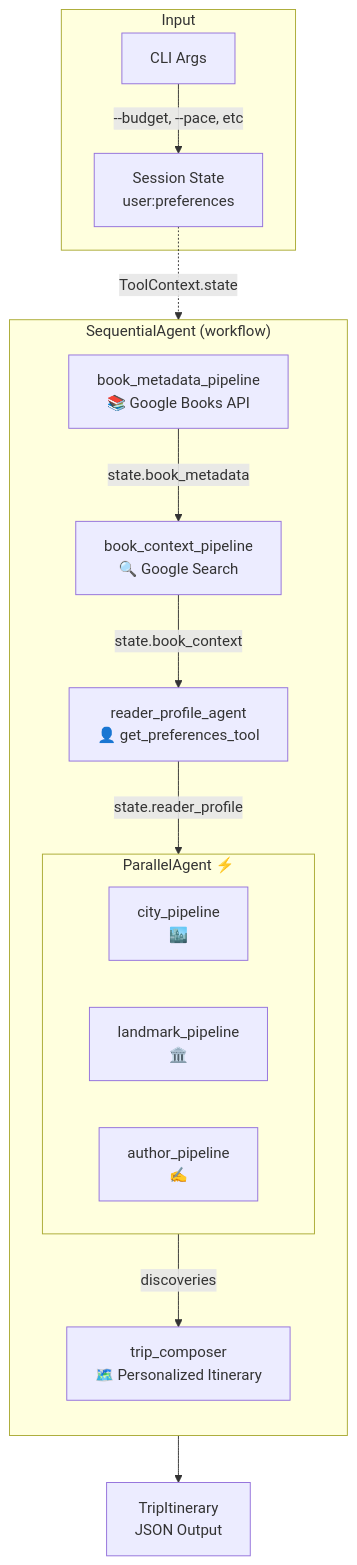
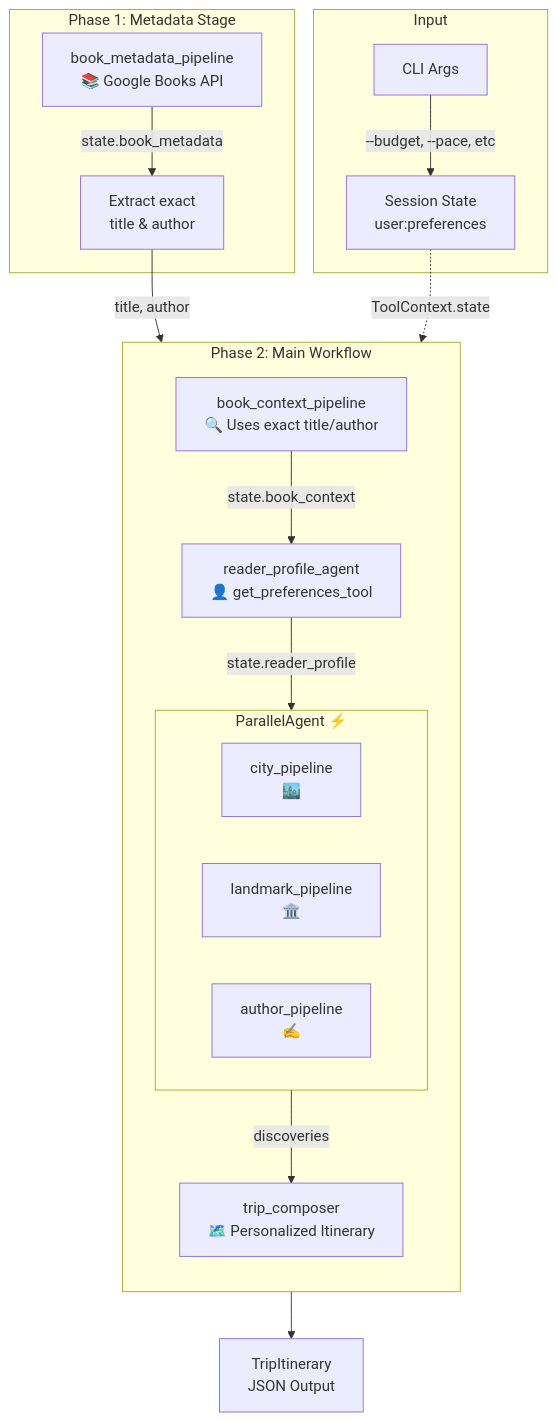
One commit to o-ostrovskiy/storyland-ai changed the second of 3 diagrams in README.md. Above: the diagram before and after it, drawn with Mermaid. The commit also changed other lines of this file and 9 other files, not shown here.

Commit message:
add two stage discovery to find out exact book, makefile with common commands, prompt improvements

````diff
--- a/README.md
+++ b/README.md
@@ -356,29 +369,34 @@
 ```mermaid
 flowchart TB
     subgraph Input
         CLI[CLI Args] --> |"--budget, --pace, etc"| State
         State[Session State<br/>user:preferences]
     end
 
-    subgraph Workflow["SequentialAgent (workflow)"]
+    subgraph Phase1["Phase 1: Metadata Stage"]
+        BM[book_metadata_pipeline<br/>📚 Google Books API] --> |state.book_metadata| Extract
+        Extract[Extract exact<br/>title & author]
+    end
+
+    subgraph Phase2["Phase 2: Main Workflow"]
         direction TB
 
-        BM[book_metadata_pipeline<br/>📚 Google Books API] --> |state.book_metadata| BC
-        BC[book_context_pipeline<br/>🔍 Google Search] --> |state.book_context| RP
+        BC[book_context_pipeline<br/>🔍 Uses exact title/author] --> |state.book_context| RP
 
         RP[reader_profile_agent<br/>👤 get_preferences_tool] --> |state.reader_profile| PD
 
         subgraph PD["ParallelAgent ⚡"]
             direction LR
             CP[city_pipeline<br/>🏙️]
             LP[landmark_pipeline<br/>🏛️]
             AP[author_pipeline<br/>✍️]
         end
 
         PD --> |discoveries| TC
         TC[trip_composer<br/>🗺️ Personalized Itinerary]
     end
 
+    Extract --> |"title, author"| BC
     State -.-> |ToolContext.state| RP
     TC --> Output[TripItinerary<br/>JSON Output]
 ```
````
